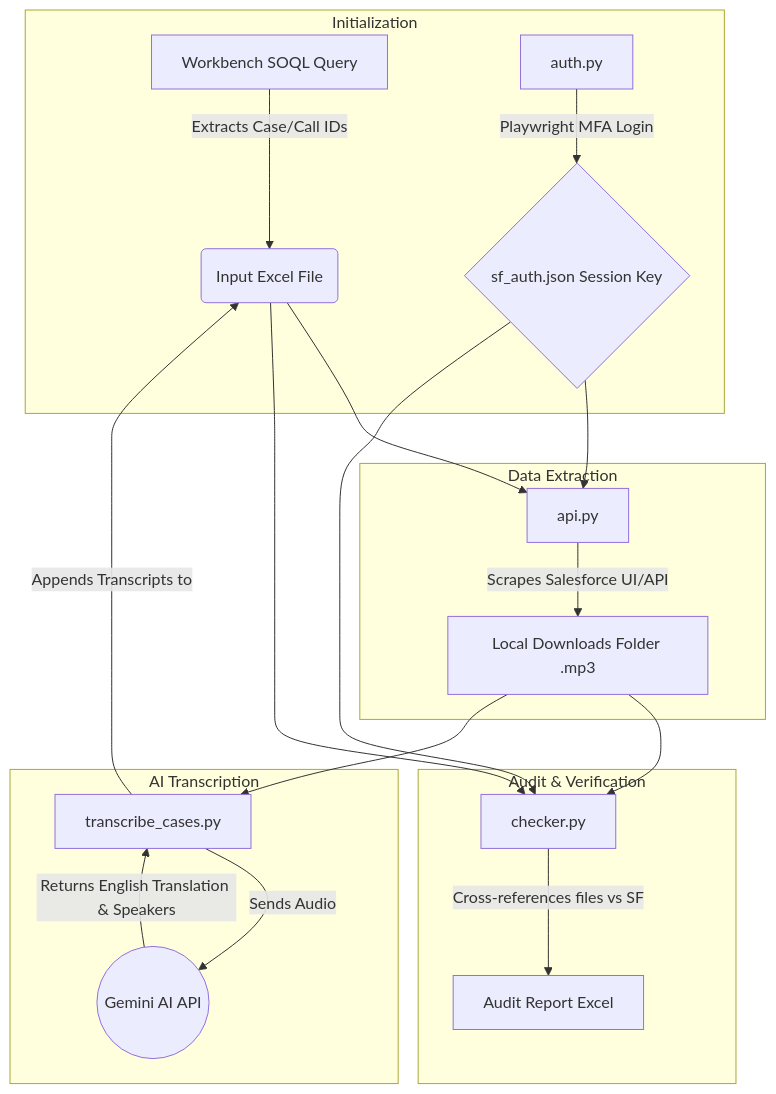
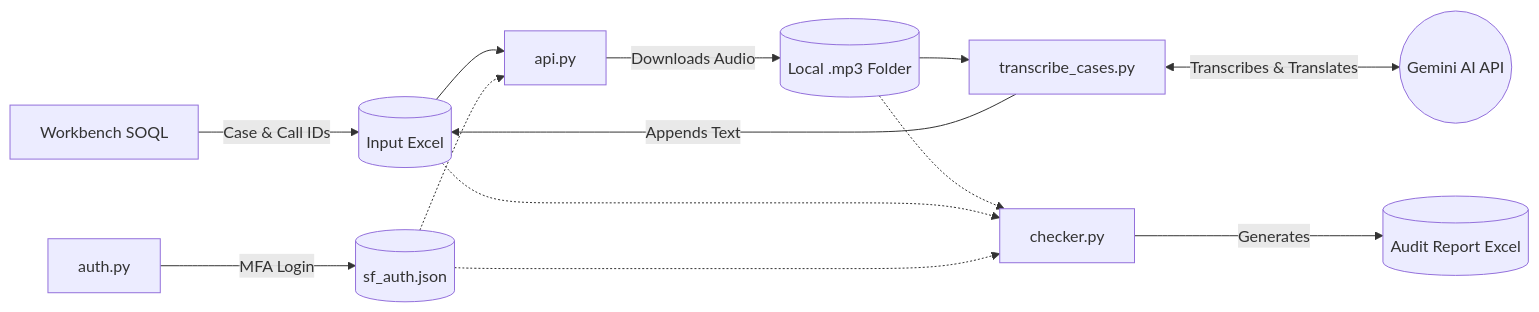
One commit to qiy63/Salesforce-Audio-Pipeline changed the diagram in README.md. Above: the diagram before and after it, drawn with Mermaid.

Commit message:
Fix syntax error in Mermaid diagram of README

````diff
--- a/README.md
+++ b/README.md
@@ -16,27 +16,22 @@
 ```mermaid
-graph TD
-    subgraph Initialization
-        A[Workbench SOQL Query] -->|Extracts Case/Call IDs| B(Input Excel File)
-        C[auth.py] -->|Playwright MFA Login| D{sf_auth.json Session Key}
-    end
+graph LR
+    %% Inputs and Authentication
+    A[Workbench SOQL] -->|Case & Call IDs| B[(Input Excel)]
+    C[auth.py] -->|MFA Login| D[(sf_auth.json)]
 
-    subgraph Data Extraction
-        B --> E[api.py]
-        D --> E
-        E -->|Scrapes Salesforce UI/API| F[Local Downloads Folder .mp3]
-    end
+    %% Downloading
+    B --> E[api.py]
+    D -.-> E
+    E -->|Downloads Audio| F[(Local .mp3 Folder)]
 
-    subgraph Audit & Verification
-        D --> G[checker.py]
-        F --> G
-        B --> G
-        G -->|Cross-references files vs SF| H[Audit Report Excel]
-    end
+    %% Transcription
+    F --> I[transcribe_cases.py]
+    I <-->|Transcribes & Translates| J((Gemini AI API))
+    I -->|Appends Text| B
 
-    subgraph AI Transcription
-        F --> I[transcribe_cases.py]
-        I -->|Sends Audio| J((Gemini AI API))
-        J -->|Returns English Translation & Speakers| I
-        I -->|Appends Transcripts to| B
-    end
+    %% Auditing
+    F -.-> G[checker.py]
+    B -.-> G
+    D -.-> G
+    G -->|Generates| H[(Audit Report Excel)]
 ```
````
